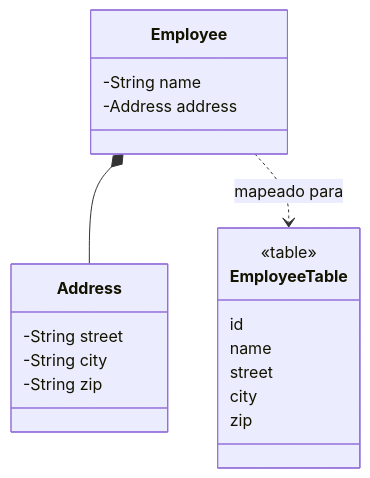
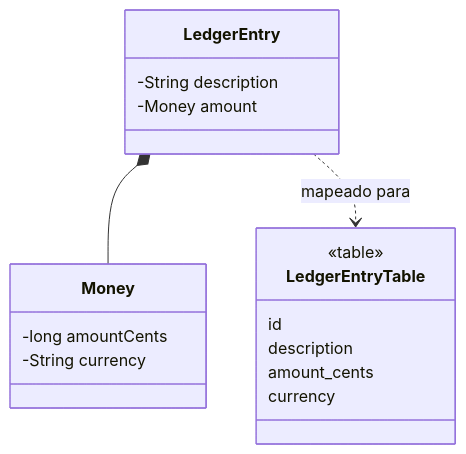
The diagram in docs/design/poeaa/object-relational-structural/embedded-value.md (alancesar/design-patterns), drawn with Mermaid before and after one commit. The commit also changed other lines of this file and 95 other files, not shown here.

First line of the commit message:
Switch PoEAA examples and diagrams to fintech scenarios

````diff
--- a/docs/design/poeaa/object-relational-structural/embedded-value.md
+++ b/docs/design/poeaa/object-relational-structural/embedded-value.md
@@ -50,22 +50,20 @@
 ```mermaid
 classDiagram
-    class Employee {
-        -String name
-        -Address address
+    class LedgerEntry {
+        -String description
+        -Money amount
     }
-    class Address {
-        -String street
-        -String city
-        -String zip
+    class Money {
+        -long amountCents
+        -String currency
     }
-    class EmployeeTable {
+    class LedgerEntryTable {
         <<table>>
         id
-        name
-        street
-        city
-        zip
+        description
+        amount_cents
+        currency
     }
-    Employee *-- Address
-    Employee ..> EmployeeTable : mapeado para
+    LedgerEntry *-- Money
+    LedgerEntry ..> LedgerEntryTable : mapeado para
 ```
````
